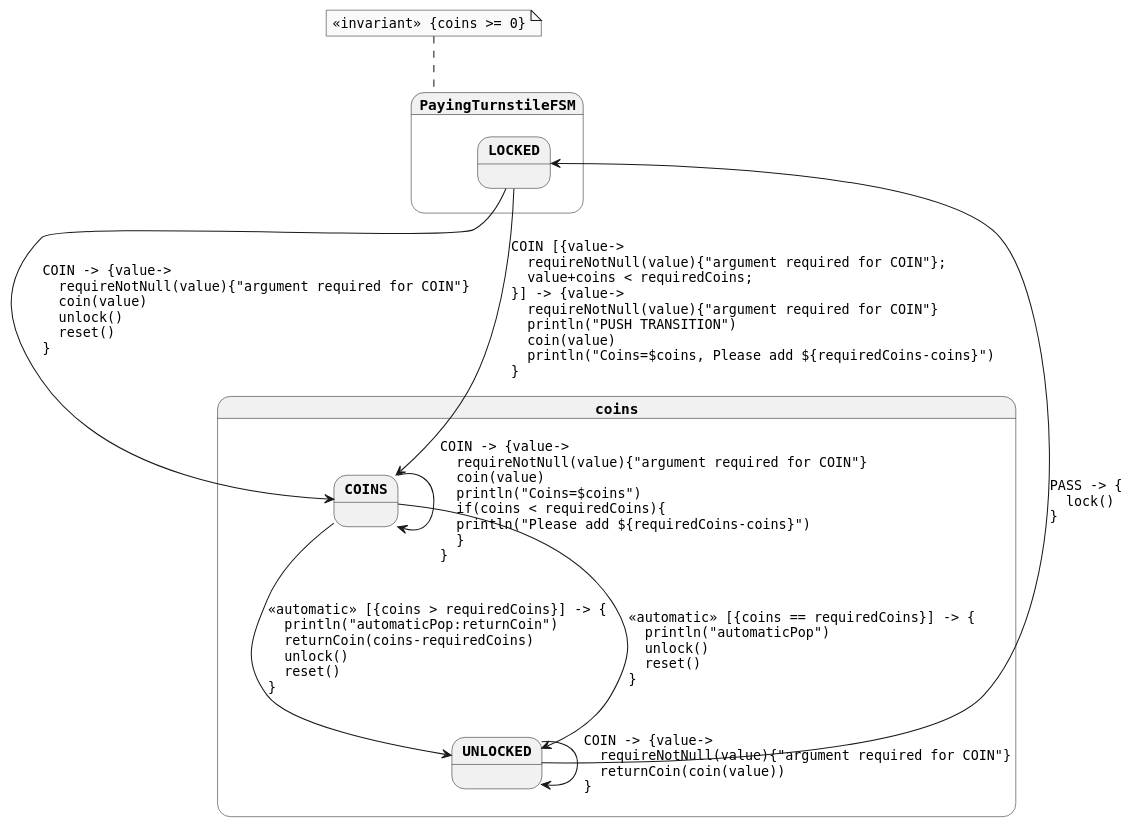
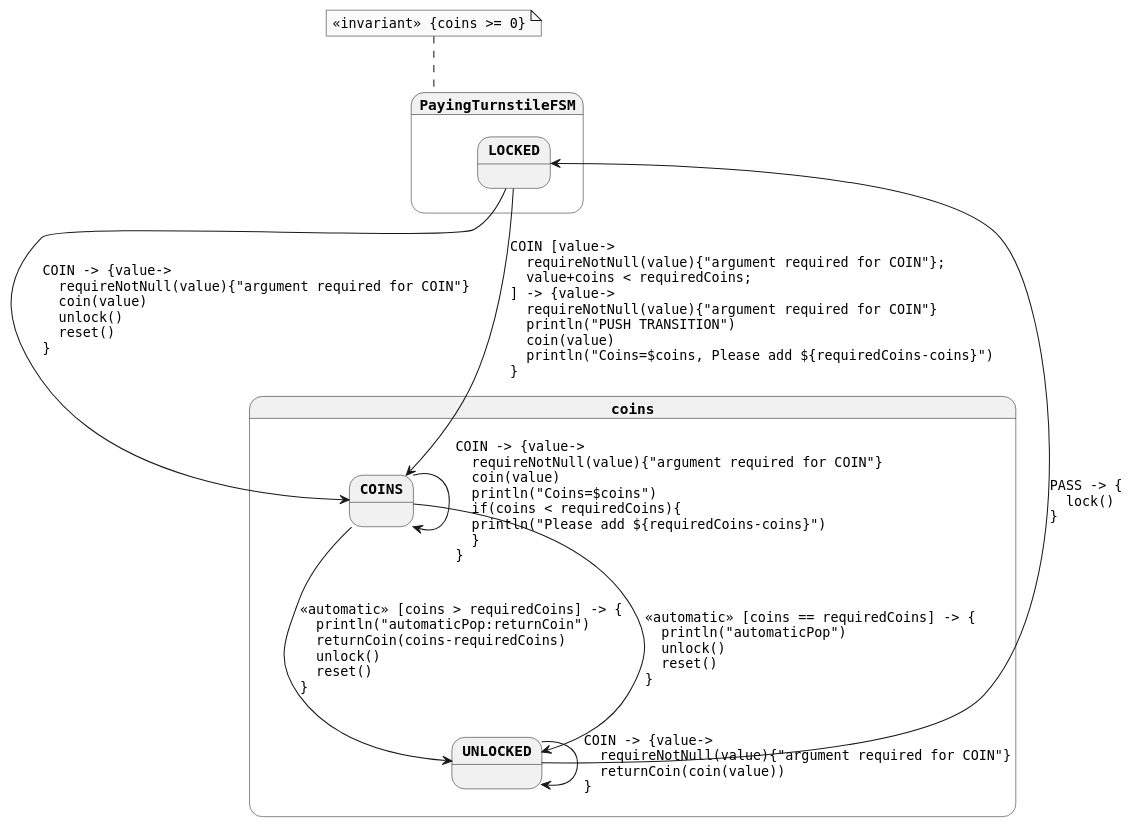
One commit to open-jumpco/kfsm changed the diagram in generated/paying-turnstile-detail.plantuml. Above: the diagram before and after it, drawn with PlantUML. The commit also changed 9 other files, not shown here.

```diff
--- a/generated/paying-turnstile-detail.plantuml
+++ b/generated/paying-turnstile-detail.plantuml
@@ -1,24 +1,23 @@
 @startuml
 skinparam monochrome true
 skinparam StateFontName Helvetica
 skinparam defaultFontName Monospaced
 skinparam defaultFontStyle Bold
 skinparam state {
-    FontColor Black
     FontStyle Bold
 }
 state coins {
-COINS --> UNLOCKED : <<automatic>> [{coins > requiredCoins}] -> {\l  println("automaticPop:returnCoin")\l  returnCoin(coins-requiredCoins)\l  unlock()\l  reset()\l}
-COINS --> UNLOCKED : <<automatic>> [{coins == requiredCoins}] -> {\l  println("automaticPop")\l  unlock()\l  reset()\l}
+COINS --> UNLOCKED : <<automatic>> [coins > requiredCoins] -> {\l  println("automaticPop:returnCoin")\l  returnCoin(coins-requiredCoins)\l  unlock()\l  reset()\l}
+COINS --> UNLOCKED : <<automatic>> [coins == requiredCoins] -> {\l  println("automaticPop")\l  unlock()\l  reset()\l}
 COINS --> COINS : COIN -> {value->\l  requireNotNull(value){"argument required for COIN"}\l  coin(value)\l  println("Coins=$coins")\l  if(coins < requiredCoins){\l  println("Please add ${requiredCoins-coins}")\l  }\l}
 }
 state PayingTurnstileFSM {
 LOCKED --> COINS : COIN -> {value->\l  requireNotNull(value){"argument required for COIN"}\l  coin(value)\l  unlock()\l  reset()\l}
-LOCKED --> COINS : COIN [{value->\l  requireNotNull(value){"argument required for COIN"};\l  value+coins < requiredCoins;\l}] -> {value->\l  requireNotNull(value){"argument required for COIN"}\l  println("PUSH TRANSITION")\l  coin(value)\l  println("Coins=$coins, Please add ${requiredCoins-coins}")\l}
+LOCKED --> COINS : COIN [value->\l  requireNotNull(value){"argument required for COIN"};\l  value+coins < requiredCoins;\l] -> {value->\l  requireNotNull(value){"argument required for COIN"}\l  println("PUSH TRANSITION")\l  coin(value)\l  println("Coins=$coins, Please add ${requiredCoins-coins}")\l}
 UNLOCKED --> UNLOCKED : COIN -> {value->\l  requireNotNull(value){"argument required for COIN"}\l  returnCoin(coin(value))\l}
 UNLOCKED --> LOCKED : PASS -> {\l  lock()\l}
 }
 note top of PayingTurnstileFSM
 <<invariant>> {coins >= 0}
 end note
 @enduml
```
